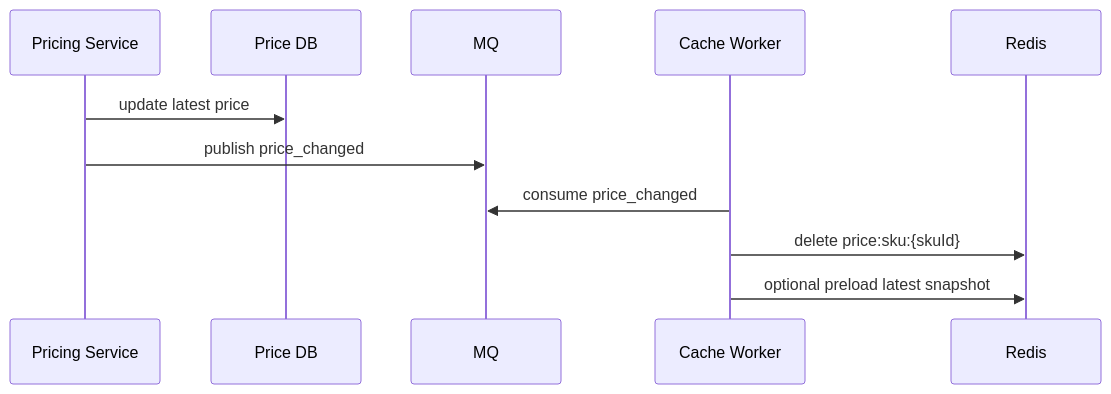
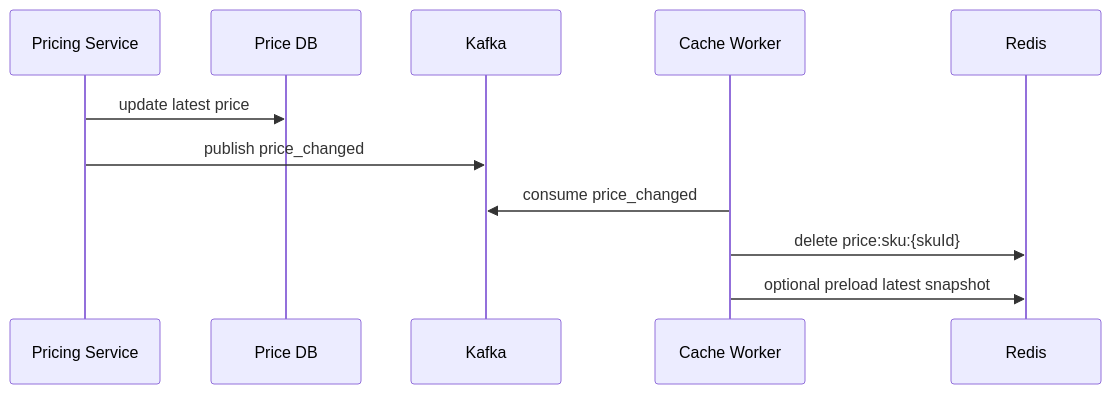
The fourth of 5 diagrams in docs/backend-dev/系统设计/电商平台与云端对话 AI 系统设计/04-MQ Redis 与缓存一致性.md (pofossette/guidebooks), drawn with Mermaid before and after one commit. The commit also changed other lines of this file and 7 other files, not shown here.

````diff
--- a/docs/backend-dev/系统设计/电商平台与云端对话 AI 系统设计/04-MQ Redis 与缓存一致性.md
+++ b/docs/backend-dev/系统设计/电商平台与云端对话 AI 系统设计/04-MQ Redis 与缓存一致性.md
@@ -91,14 +173,14 @@
 ```mermaid
 sequenceDiagram
     participant PS as Pricing Service
     participant DB as Price DB
-    participant MQ as MQ
+    participant K as Kafka
     participant CW as Cache Worker
     participant R as Redis
 
     PS->>DB: update latest price
-    PS->>MQ: publish price_changed
-    CW->>MQ: consume price_changed
+    PS->>K: publish price_changed
+    CW->>K: consume price_changed
     CW->>R: delete price:sku:{skuId}
     CW->>R: optional preload latest snapshot
 ```
````
